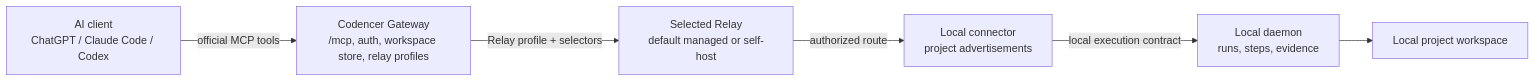
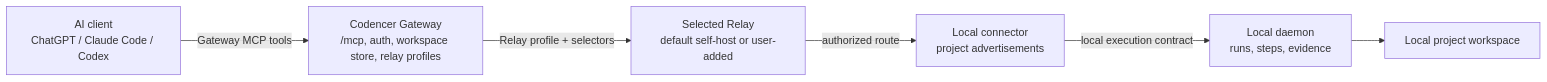
Before and after one commit to lookmanrays/codencer: the diagram in docs/architecture/mcp-gateway-model.md, drawn with Mermaid. The commit also changed other lines of this file and 38 other files, not shown here.

Commit message:
chore: add public self-host release gate

````diff
--- a/docs/architecture/mcp-gateway-model.md
+++ b/docs/architecture/mcp-gateway-model.md
@@ -15,15 +15,15 @@
 ```mermaid
 flowchart LR
   Client["AI client\nChatGPT / Claude Code / Codex"]
   Gateway["Codencer Gateway\n/mcp, auth, workspace store, relay profiles"]
-  Relay["Selected Relay\ndefault managed or self-host"]
+  Relay["Selected Relay\ndefault self-host or user-added"]
   Connector["Local connector\nproject advertisements"]
   Daemon["Local daemon\nruns, steps, evidence"]
   Repo["Local project workspace"]
 
-  Client -->|official MCP tools| Gateway
+  Client -->|Gateway MCP tools| Gateway
   Gateway -->|Relay profile + selectors| Relay
   Relay -->|authorized route| Connector
   Connector -->|local execution contract| Daemon
   Daemon --> Repo
 ```
````
